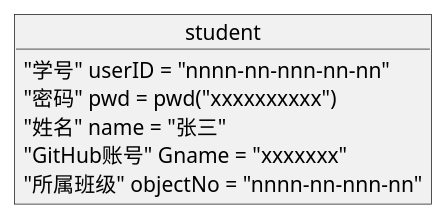
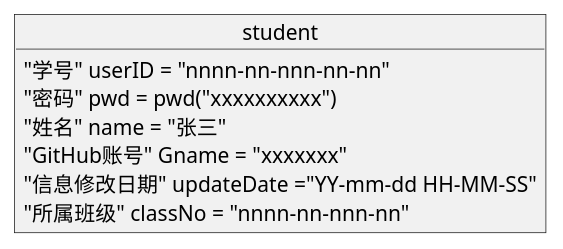
One commit to 201610414130/is_analysis-4 changed the first of 10 diagrams in test6/objectView.pu. Above: the diagram before and after it, drawn with PlantUML. The commit also changed 5 other files, not shown here.

```diff
--- a/test6/objectView.pu
+++ b/test6/objectView.pu
@@ -1,9 +1,10 @@
 @startuml student
 object student{
     "学号" userID = "nnnn-nn-nnn-nn-nn"
     "密码" pwd = pwd("xxxxxxxxxx")
     "姓名" name = "张三"
     "GitHub账号" Gname = "xxxxxxx"
-    "所属班级" objectNo = "nnnn-nn-nnn-nn"
+    "信息修改日期" updateDate ="YY-mm-dd HH-MM-SS"
+    "所属班级" classNo = "nnnn-nn-nnn-nn"
 }
 @enduml
```
